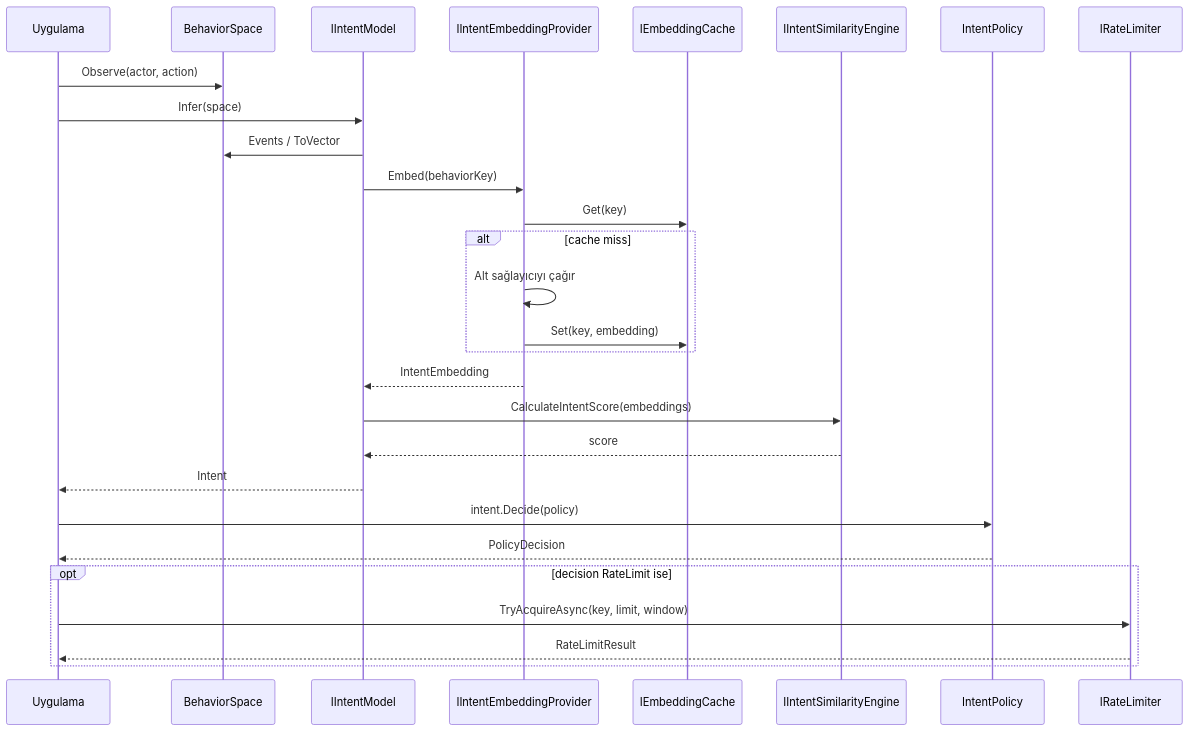
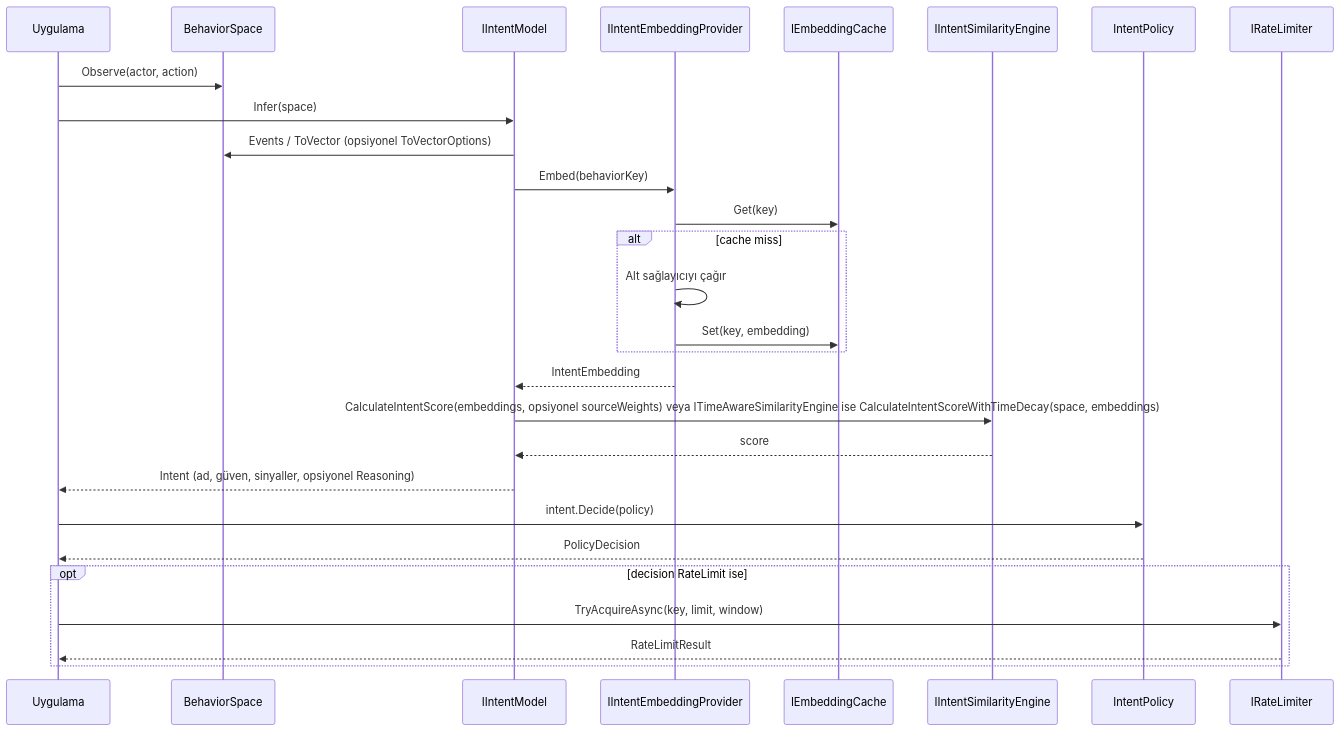
The third of 7 diagrams in docs/tr/architecture.md (keremvaris/Intentum), drawn with Mermaid before and after one commit. The commit also changed other lines of this file and 115 other files, not shown here.

First line of the commit message:
feat(core): add behavior vector normalization and rule/chained intent models

````diff
--- a/docs/tr/architecture.md
+++ b/docs/tr/architecture.md
@@ -125,31 +126,31 @@
 ```mermaid
 sequenceDiagram
   participant App as Uygulama
   participant Space as BehaviorSpace
   participant Model as IIntentModel
   participant Embed as IIntentEmbeddingProvider
   participant Cache as IEmbeddingCache
   participant Sim as IIntentSimilarityEngine
   participant Policy as IntentPolicy
   participant Rate as IRateLimiter
 
   App->>Space: Observe(actor, action)
   App->>Model: Infer(space)
-  Model->>Space: Events / ToVector
+  Model->>Space: Events / ToVector (opsiyonel ToVectorOptions)
   Model->>Embed: Embed(behaviorKey)
   Embed->>Cache: Get(key)
   alt cache miss
     Embed->>Embed: Alt sağlayıcıyı çağır
     Embed->>Cache: Set(key, embedding)
   end
   Embed-->>Model: IntentEmbedding
-  Model->>Sim: CalculateIntentScore(embeddings)
+  Model->>Sim: CalculateIntentScore(embeddings, opsiyonel sourceWeights) veya ITimeAwareSimilarityEngine ise CalculateIntentScoreWithTimeDecay(space, embeddings)
   Sim-->>Model: score
-  Model-->>App: Intent
+  Model-->>App: Intent (ad, güven, sinyaller, opsiyonel Reasoning)
   App->>Policy: intent.Decide(policy)
   Policy-->>App: PolicyDecision
   opt decision RateLimit ise
     App->>Rate: TryAcquireAsync(key, limit, window)
     Rate-->>App: RateLimitResult
   end
 ```
````
